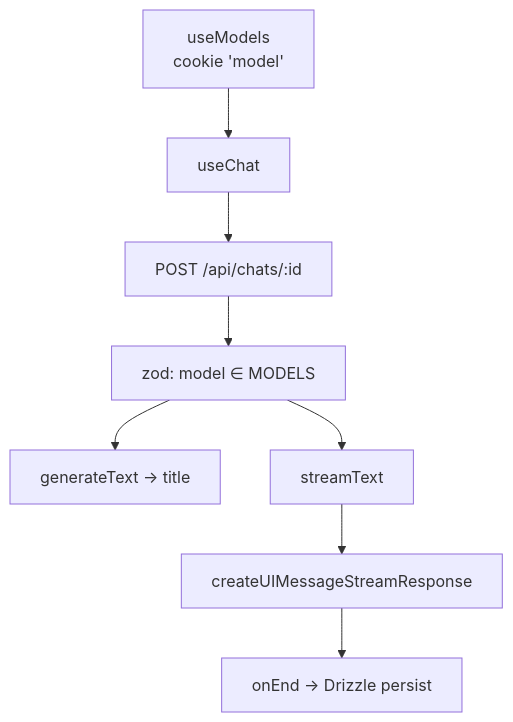
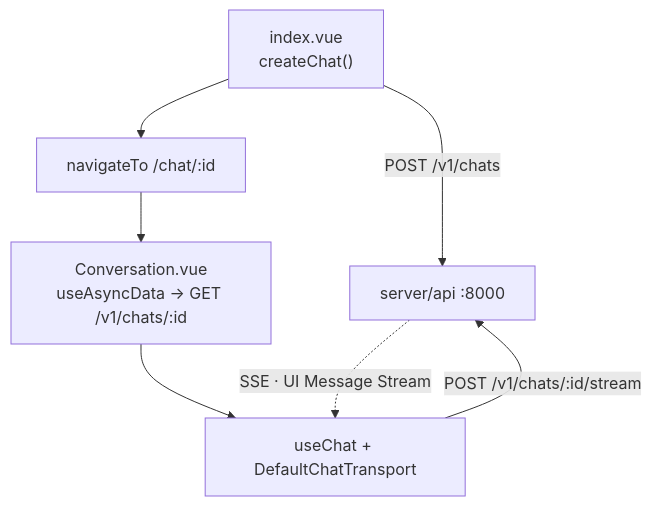
Before and after one commit to terryong31/nuxt-chat-open-llm: the diagram in apps/web/CLAUDE.md, drawn with Mermaid. The commit also changed other lines of this file and 8 other files, not shown here.

First line of the commit message:
docs: document the three-process architecture, record ADR 0006

````diff
--- a/apps/web/CLAUDE.md
+++ b/apps/web/CLAUDE.md
@@ -49,10 +52,9 @@
 ```mermaid
 flowchart TD
-    M["useModels<br/>cookie 'model'"] --> C["useChat"]
-    C --> R["POST /api/chats/:id"]
-    R --> Z["zod: model ∈ MODELS"]
-    Z --> T["generateText → title"]
-    Z --> S["streamText"]
-    S --> SSE["createUIMessageStreamResponse"]
-    SSE --> P["onEnd → Drizzle persist"]
+    I["index.vue<br/>createChat()"] -- "POST /v1/chats" --> G["server/api :8000"]
+    I --> N["navigateTo /chat/:id"]
+    N --> C["Conversation.vue<br/>useAsyncData → GET /v1/chats/:id"]
+    C --> U["useChat + DefaultChatTransport"]
+    U -- "POST /v1/chats/:id/stream" --> G
+    G -. "SSE · UI Message Stream" .-> U
 ```
````
